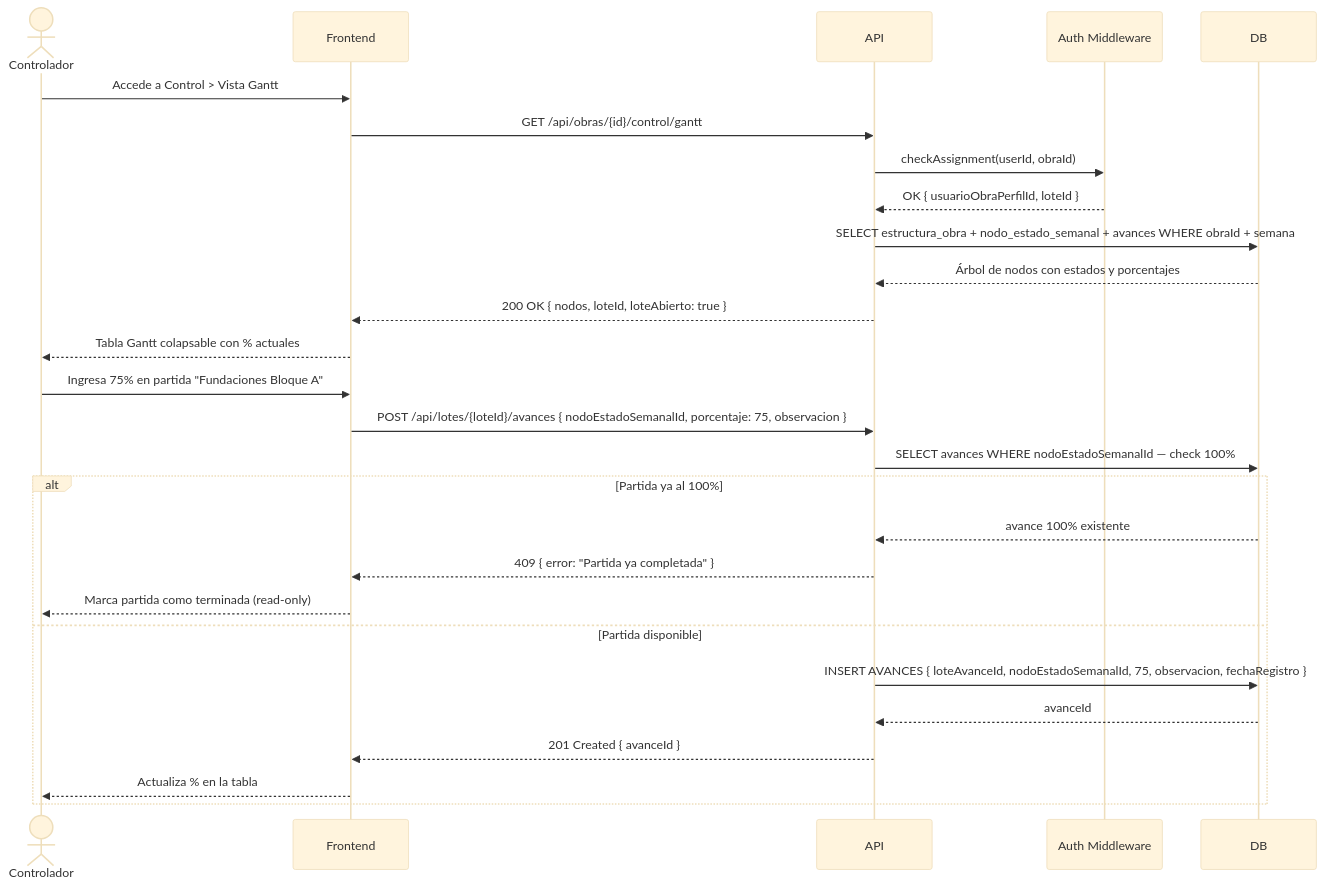
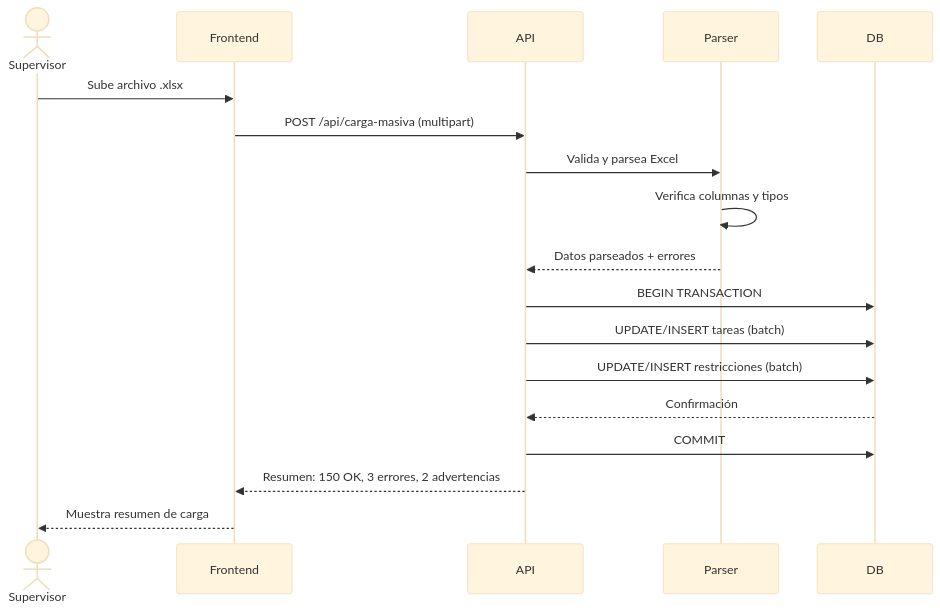
One commit to syntaxiscorp/syntaxis-ai-specs changed the diagram in ai-specs/backlog/us-010.md. Above: the diagram before and after it, drawn with Mermaid (base theme). The commit also changed other lines of this file and 53 other files, not shown here.

First line of the commit message:
feat: Add commands for managing user stories and backend/frontend ticket planning

````diff
--- a/ai-specs/backlog/us-010.md
+++ b/ai-specs/backlog/us-010.md
@@ -49,31 +38,20 @@
 ```mermaid
 sequenceDiagram
-    actor Controlador
+    actor Supervisor
     participant Frontend
     participant API
-    participant AuthMW as Auth Middleware
+    participant Parser
     participant DB
-
-    Controlador->>Frontend: Accede a Control > Vista Gantt
-    Frontend->>API: GET /api/obras/{id}/control/gantt
-    API->>AuthMW: checkAssignment(userId, obraId)
-    AuthMW-->>API: OK { usuarioObraPerfilId, loteId }
-    API->>DB: SELECT estructura_obra + nodo_estado_semanal + avances WHERE obraId + semana
-    DB-->>API: Árbol de nodos con estados y porcentajes
-    API-->>Frontend: 200 OK { nodos, loteId, loteAbierto: true }
-    Frontend-->>Controlador: Tabla Gantt colapsable con % actuales
-
-    Controlador->>Frontend: Ingresa 75% en partida "Fundaciones Bloque A"
-    Frontend->>API: POST /api/lotes/{loteId}/avances { nodoEstadoSemanalId, porcentaje: 75, observacion }
-    API->>DB: SELECT avances WHERE nodoEstadoSemanalId — check 100%
-    alt Partida ya al 100%
-        DB-->>API: avance 100% existente
-        API-->>Frontend: 409 { error: "Partida ya completada" }
-        Frontend-->>Controlador: Marca partida como terminada (read-only)
-    else Partida disponible
-        API->>DB: INSERT AVANCES { loteAvanceId, nodoEstadoSemanalId, 75, observacion, fechaRegistro }
-        DB-->>API: avanceId
-        API-->>Frontend: 201 Created { avanceId }
-        Frontend-->>Controlador: Actualiza % en la tabla
-    end
+    Supervisor->>Frontend: Sube archivo .xlsx
+    Frontend->>API: POST /api/carga-masiva (multipart)
+    API->>Parser: Valida y parsea Excel
+    Parser->>Parser: Verifica columnas y tipos
+    Parser-->>API: Datos parseados + errores
+    API->>DB: BEGIN TRANSACTION
+    API->>DB: UPDATE/INSERT tareas (batch)
+    API->>DB: UPDATE/INSERT restricciones (batch)
+    DB-->>API: Confirmación
+    API->>DB: COMMIT
+    API-->>Frontend: Resumen: 150 OK, 3 errores, 2 advertencias
+    Frontend-->>Supervisor: Muestra resumen de carga
 ```
````
